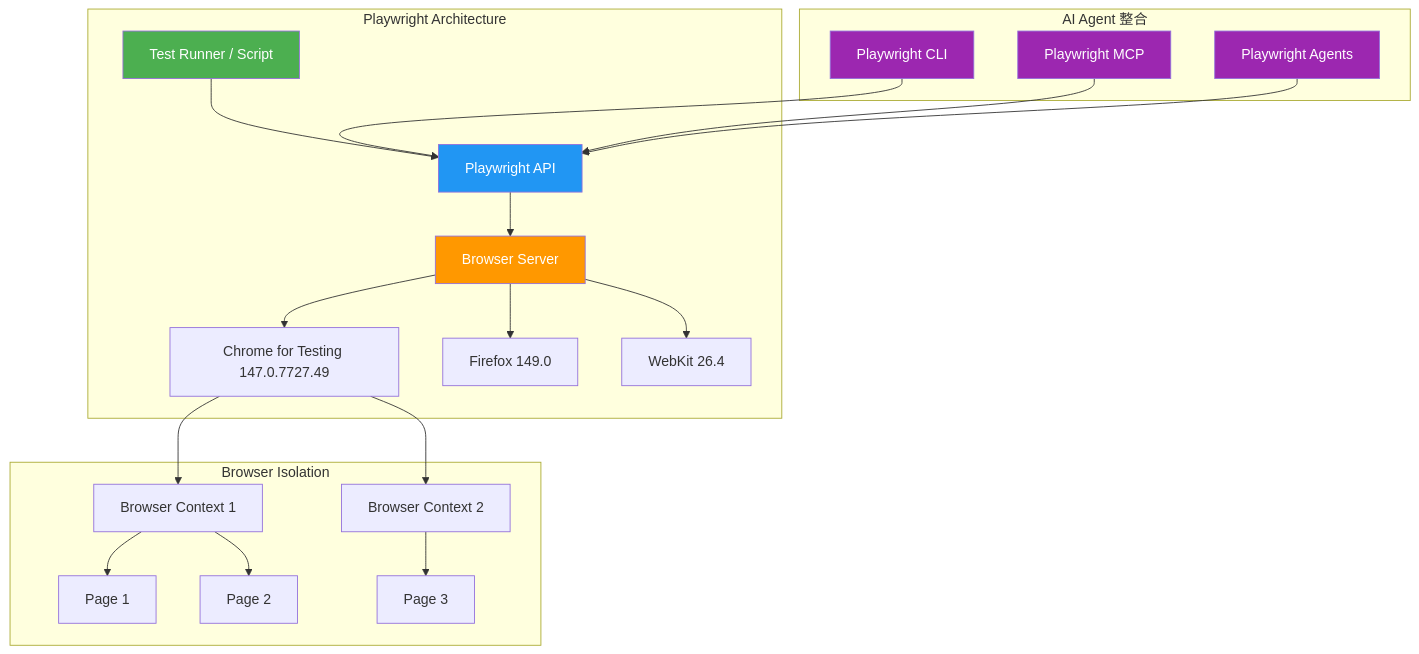
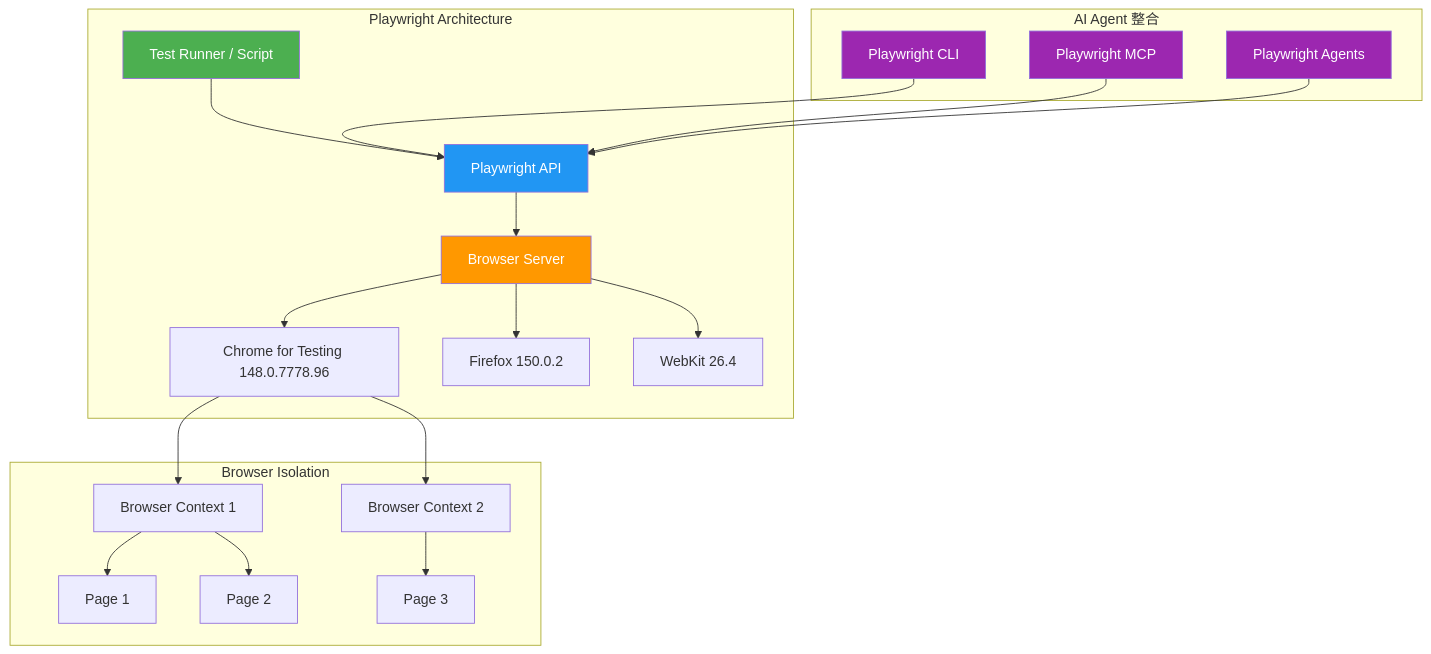
The first of 12 diagrams in content/posts/教學/AI開發/Playwright 教學手冊.md (chihhung/Blog), drawn with Mermaid before and after one commit. The commit also changed other lines of this file and 4 other files, not shown here.

````diff
--- a/content/posts/教學/AI開發/Playwright 教學手冊.md
+++ b/content/posts/教學/AI開發/Playwright 教學手冊.md
@@ -143,31 +147,31 @@
 ```mermaid
 graph TB
     subgraph "Playwright Architecture"
         A[Test Runner / Script] --> B[Playwright API]
         B --> C[Browser Server]
-        C --> D1[Chrome for Testing 147.0.7727.49]
-        C --> D2[Firefox 149.0]
+        C --> D1[Chrome for Testing 148.0.7778.96]
+        C --> D2[Firefox 150.0.2]
         C --> D3[WebKit 26.4]
     end
 
     subgraph "Browser Isolation"
         D1 --> E1[Browser Context 1]
         D1 --> E2[Browser Context 2]
         E1 --> F1[Page 1]
         E1 --> F2[Page 2]
         E2 --> F3[Page 3]
     end
 
     subgraph "AI Agent 整合"
         G[Playwright CLI] --> B
         H[Playwright MCP] --> B
         I[Playwright Agents] --> B
     end
 
     style A fill:#4CAF50,color:#fff
     style B fill:#2196F3,color:#fff
     style C fill:#FF9800,color:#fff
     style G fill:#9C27B0,color:#fff
     style H fill:#9C27B0,color:#fff
     style I fill:#9C27B0,color:#fff
 ```
````
